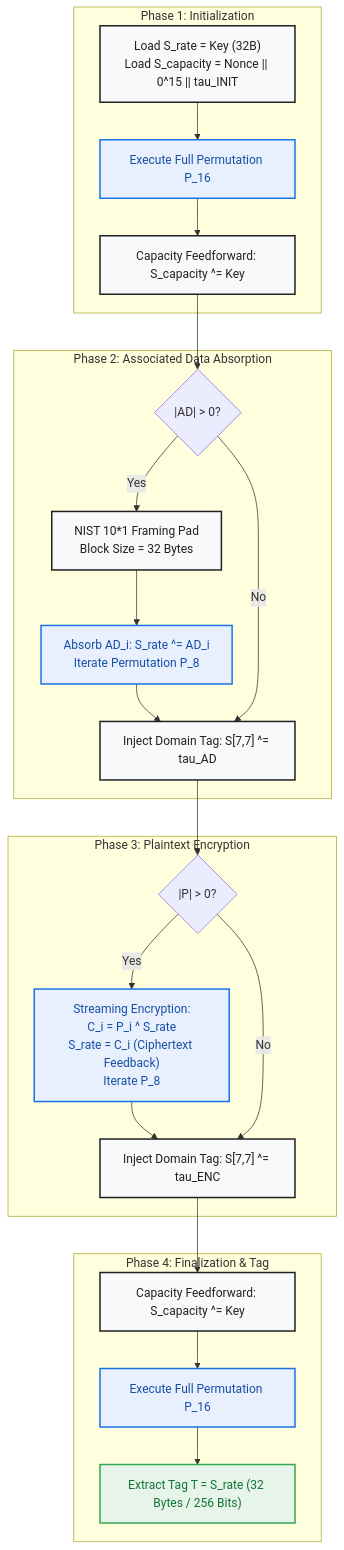
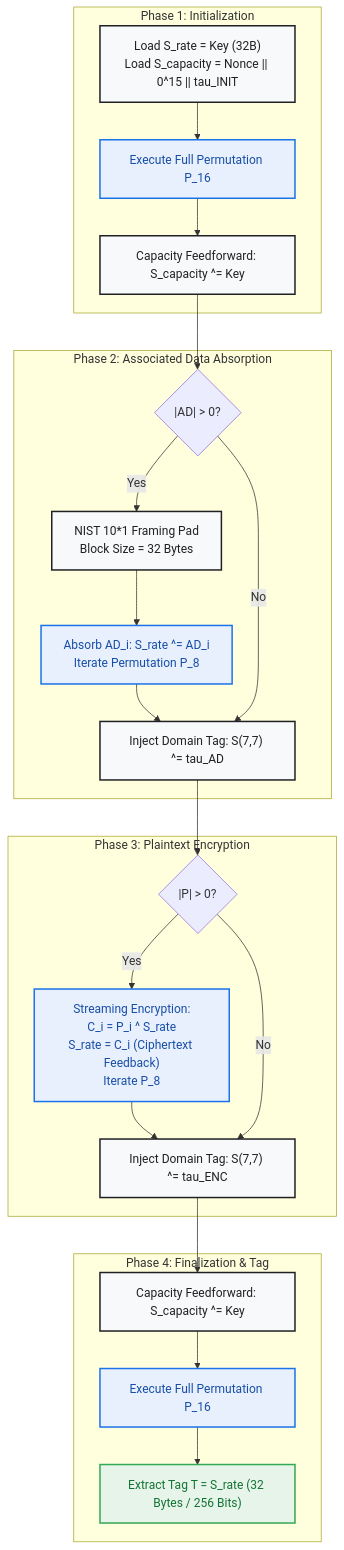
Before and after one commit to ankushpahal-12/torix-crypto: the second of 4 diagrams in docs/TORIX_SPECIFICATION_AEAD_AND_SPONGE.md, drawn with Mermaid. The commit also changed 10 other files, not shown here.

````diff
--- a/docs/TORIX_SPECIFICATION_AEAD_AND_SPONGE.md
+++ b/docs/TORIX_SPECIFICATION_AEAD_AND_SPONGE.md
@@ -90,32 +90,32 @@
 ```mermaid
 graph TD
     classDef phase fill:#e8f0fe,stroke:#1a73e8,stroke-width:2px,color:#174ea6;
     classDef state fill:#f8f9fa,stroke:#202124,stroke-width:2px,color:#202124;
     classDef output fill:#e6f4ea,stroke:#34a853,stroke-width:2px,color:#137333;
 
     subgraph Phase_1_Init ["Phase 1: Initialization"]
         I1["Load S_rate = Key (32B)<br/>Load S_capacity = Nonce || 0^15 || tau_INIT"]:::state --> I2["Execute Full Permutation P_16"]:::phase
         I2 --> I3["Capacity Feedforward: S_capacity ^= Key"]:::state
     end
 
     subgraph Phase_2_AD ["Phase 2: Associated Data Absorption"]
         I3 --> AD_CHK{"|AD| > 0?"}
         AD_CHK -- Yes --> AD_PAD["NIST 10*1 Framing Pad<br/>Block Size = 32 Bytes"]:::state
         AD_PAD --> AD_ABS["Absorb AD_i: S_rate ^= AD_i<br/>Iterate Permutation P_8"]:::phase
-        AD_ABS --> AD_TAG["Inject Domain Tag: S[7,7] ^= tau_AD"]:::state
+        AD_ABS --> AD_TAG["Inject Domain Tag: S(7,7) ^= tau_AD"]:::state
         AD_CHK -- No --> AD_TAG
     end
 
     subgraph Phase_3_Enc ["Phase 3: Plaintext Encryption"]
         AD_TAG --> ENC_CHK{"|P| > 0?"}
         ENC_CHK -- Yes --> ENC_STREAM["Streaming Encryption:<br/>C_i = P_i ^ S_rate<br/>S_rate = C_i (Ciphertext Feedback)<br/>Iterate P_8"]:::phase
-        ENC_STREAM --> ENC_TAG["Inject Domain Tag: S[7,7] ^= tau_ENC"]:::state
+        ENC_STREAM --> ENC_TAG["Inject Domain Tag: S(7,7) ^= tau_ENC"]:::state
         ENC_CHK -- No --> ENC_TAG
     end
 
     subgraph Phase_4_Final ["Phase 4: Finalization & Tag"]
         ENC_TAG --> F1["Capacity Feedforward: S_capacity ^= Key"]:::state
         F1 --> F2["Execute Full Permutation P_16"]:::phase
         F2 --> F3["Extract Tag T = S_rate (32 Bytes / 256 Bits)"]:::output
     end
 ```
````
